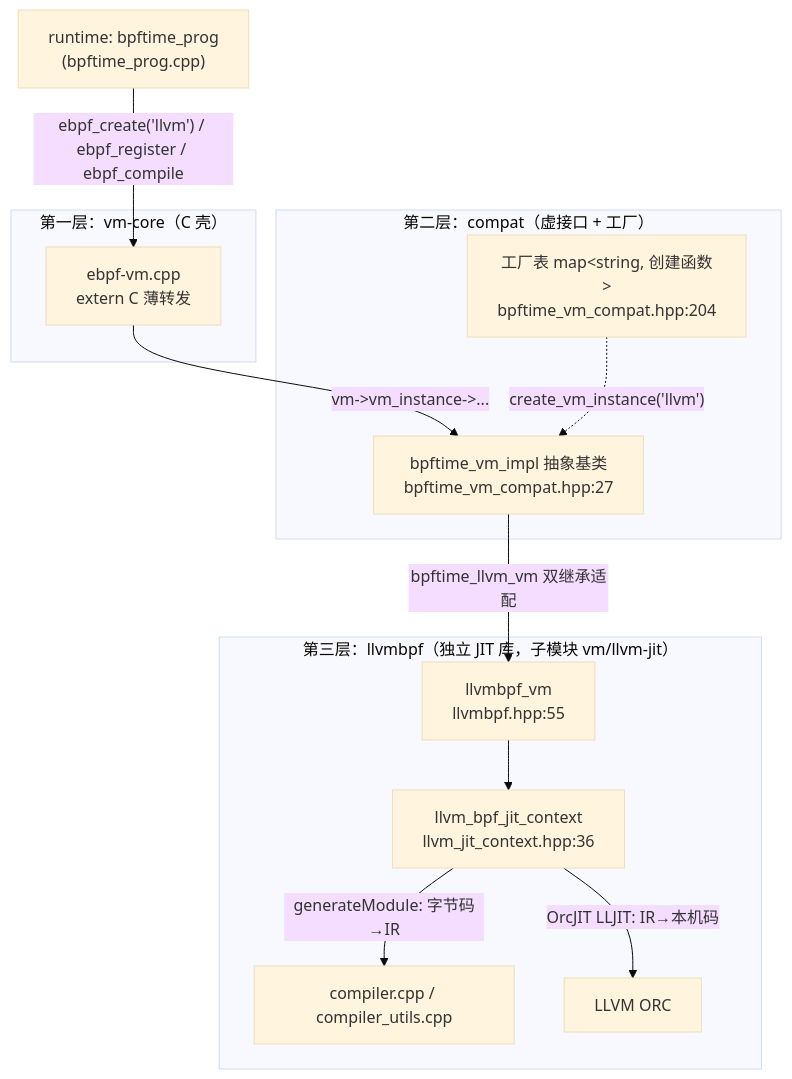
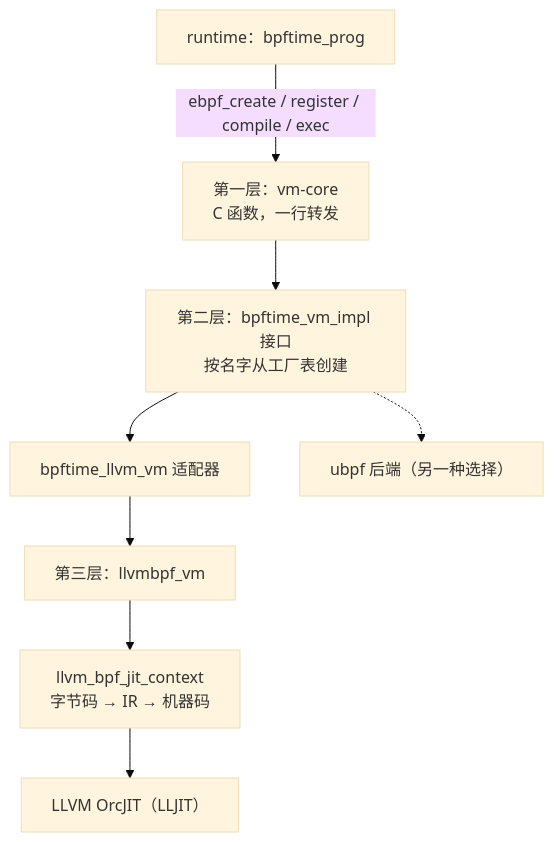
The first of 3 diagrams in 05-vm-llvm-jit.md (plsy1/bpftime-benchmark), drawn with Mermaid (base theme) before and after one commit. The commit also changed other lines of this file and 10 other files, not shown here.

````diff
--- a/05-vm-llvm-jit.md
+++ b/05-vm-llvm-jit.md
@@ -17,21 +38,10 @@
 ```mermaid
 graph TD
-    RT["runtime: bpftime_prog<br/>(bpftime_prog.cpp)"] -->|"ebpf_create('llvm') / ebpf_register / ebpf_compile"| CORE
-    subgraph L1 ["第一层：vm-core（C 壳）"]
-        CORE["ebpf-vm.cpp<br/>extern C 薄转发"]
-    end
-    CORE -->|"vm->vm_instance->..."| COMPAT
-    subgraph L2 ["第二层：compat（虚接口 + 工厂）"]
-        COMPAT["bpftime_vm_impl 抽象基类<br/>bpftime_vm_compat.hpp:27"]
-        FACTORY["工厂表 map&lt;string, 创建函数&gt;<br/>bpftime_vm_compat.hpp:204"]
-        FACTORY -.->|"create_vm_instance('llvm')"| COMPAT
-    end
-    COMPAT -->|"bpftime_llvm_vm 双继承适配"| LLVMBPF
-    subgraph L3 ["第三层：llvmbpf（独立 JIT 库，子模块 vm/llvm-jit）"]
-        LLVMBPF["llvmbpf_vm<br/>llvmbpf.hpp:55"]
-        JITCTX["llvm_bpf_jit_context<br/>llvm_jit_context.hpp:36"]
-        LLVMBPF --> JITCTX
-        JITCTX -->|"generateModule: 字节码→IR"| COMPILER["compiler.cpp / compiler_utils.cpp"]
-        JITCTX -->|"OrcJIT LLJIT: IR→本机码"| ORC["LLVM ORC"]
-    end
+    RT["runtime：bpftime_prog"] -->|"ebpf_create / register / compile / exec"| CORE["第一层：vm-core<br/>C 函数，一行转发"]
+    CORE --> IF["第二层：bpftime_vm_impl 接口<br/>按名字从工厂表创建"]
+    IF --> ADP["bpftime_llvm_vm 适配器"]
+    IF -.-> UBPF["ubpf 后端（另一种选择）"]
+    ADP --> VM["第三层：llvmbpf_vm"]
+    VM --> JIT["llvm_bpf_jit_context<br/>字节码 → IR → 机器码"]
+    JIT --> ORC["LLVM OrcJIT（LLJIT）"]
 ```
````
